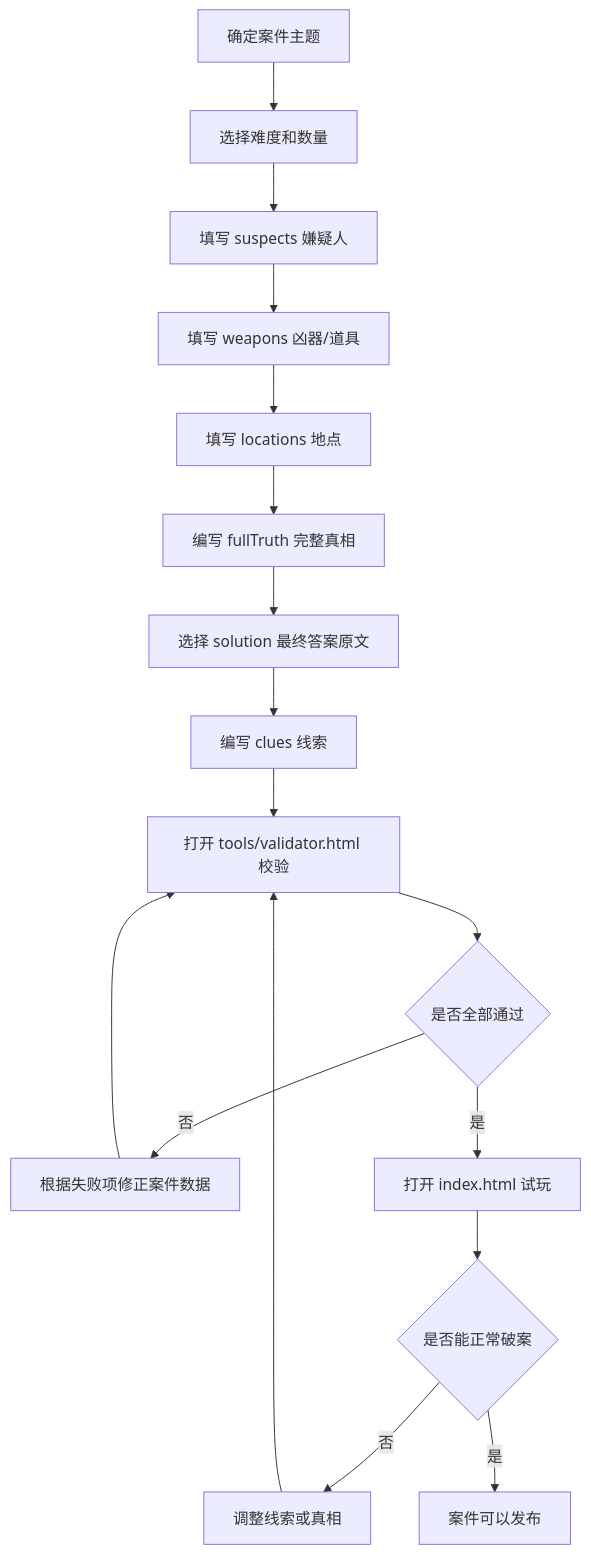
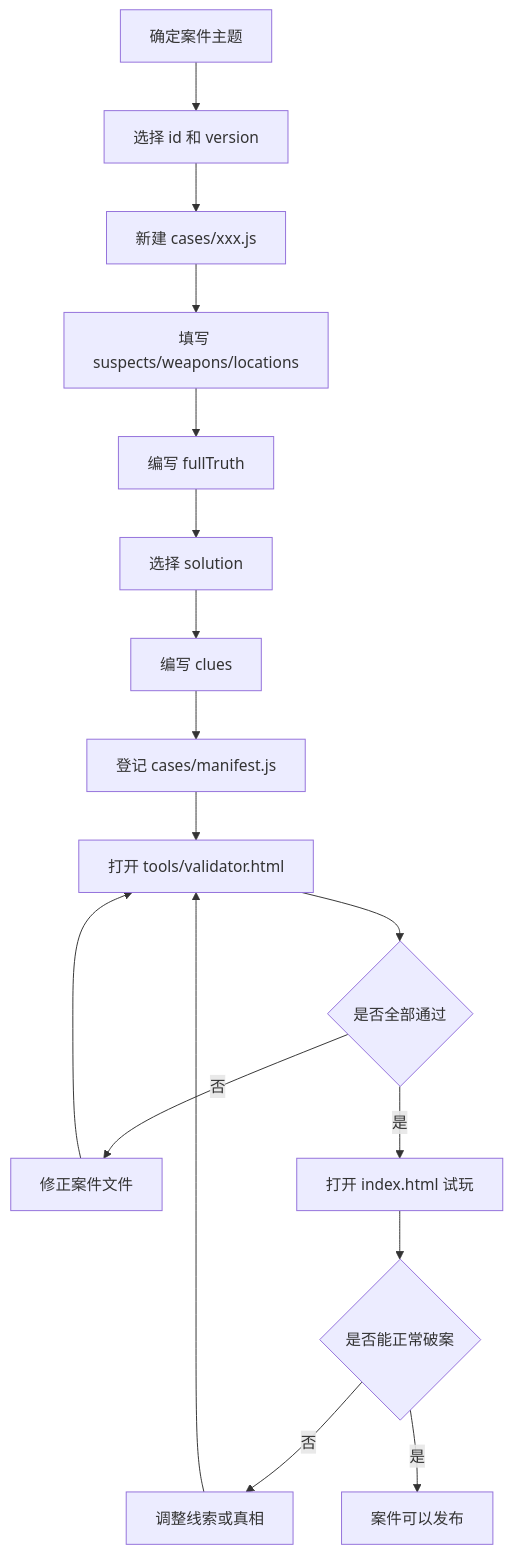
The diagram in docs/case-template.md (NoireCase/CleverGrid), drawn with Mermaid before and after one commit. The commit also changed other lines of this file and 16 other files, not shown here.

````diff
--- a/docs/case-template.md
+++ b/docs/case-template.md
@@ -333,19 +213,19 @@
 ```mermaid
 flowchart TD
-    A["确定案件主题"] --> B["选择难度和数量"]
-    B --> C["填写 suspects 嫌疑人"]
-    C --> D["填写 weapons 凶器/道具"]
-    D --> E["填写 locations 地点"]
-    E --> F["编写 fullTruth 完整真相"]
-    F --> G["选择 solution 最终答案原文"]
-    G --> H["编写 clues 线索"]
-    H --> I["打开 tools/validator.html 校验"]
-    I --> K{"是否全部通过"}
-    K -->|否| L["根据失败项修正案件数据"]
-    L --> I
-    K -->|是| M["打开 index.html 试玩"]
-    M --> N{"是否能正常破案"}
-    N -->|否| O["调整线索或真相"]
-    O --> I
-    N -->|是| P["案件可以发布"]
+    A["确定案件主题"] --> B["选择 id 和 version"]
+    B --> C["新建 cases/xxx.js"]
+    C --> D["填写 suspects/weapons/locations"]
+    D --> E["编写 fullTruth"]
+    E --> F["选择 solution"]
+    F --> G["编写 clues"]
+    G --> H["登记 cases/manifest.js"]
+    H --> I["打开 tools/validator.html"]
+    I --> J{"是否全部通过"}
+    J -->|否| K["修正案件文件"]
+    K --> I
+    J -->|是| L["打开 index.html 试玩"]
+    L --> M{"是否能正常破案"}
+    M -->|否| N["调整线索或真相"]
+    N --> I
+    M -->|是| O["案件可以发布"]
 ```
````
